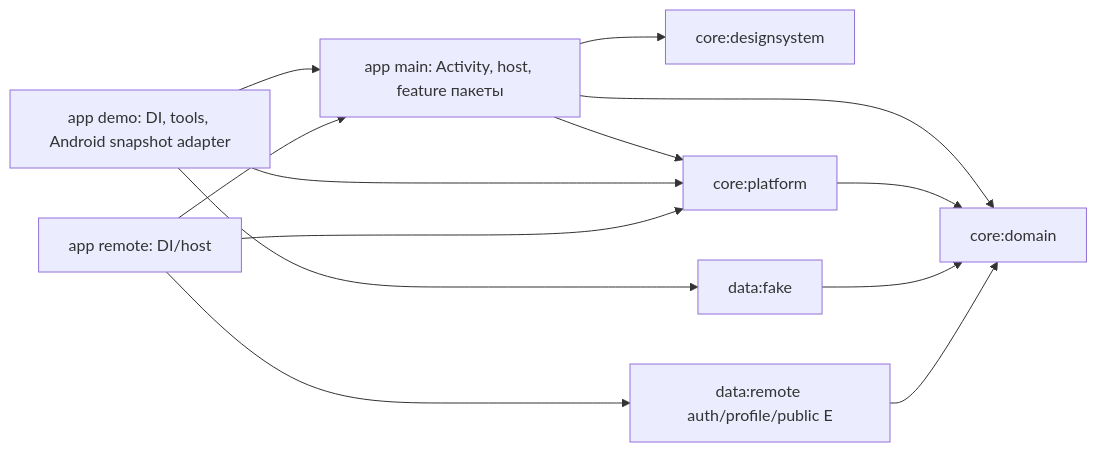
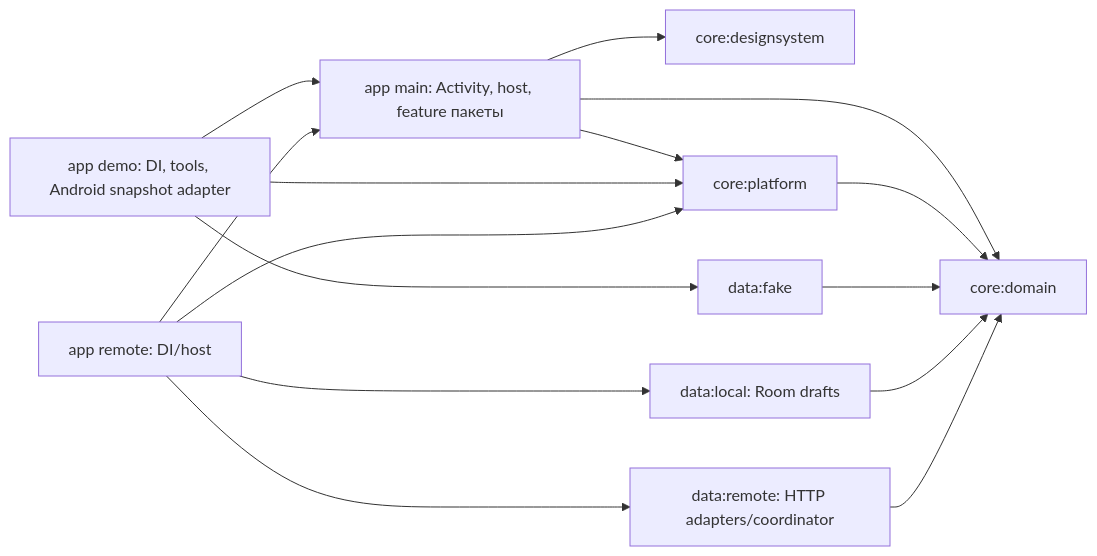
One commit to XataBq/EventManager changed the first of 2 diagrams in docs/02-architecture.md. Above: the diagram before and after it, drawn with Mermaid. The commit also changed other lines of this file and 56 other files, not shown here.

````diff
--- a/docs/02-architecture.md
+++ b/docs/02-architecture.md
@@ -11,15 +11,17 @@
 ```mermaid
 flowchart LR
     appMain["app main: Activity, host, feature пакеты"] --> domain["core:domain"]
     appMain --> design["core:designsystem"]
     appMain --> platform["core:platform"]
     platform --> domain
     demo["app demo: DI, tools, Android snapshot adapter"] --> appMain
     demo --> fake["data:fake"]
     fake --> domain
     demo --> platform
     remoteApp["app remote: DI/host"] --> appMain
-    remoteApp --> remote["data:remote auth/profile/public E"]
+    remoteApp --> remote["data:remote: HTTP adapters/coordinator"]
+    remoteApp --> local["data:local: Room drafts"]
+    local --> domain
     remote --> domain
     remoteApp --> platform
 ```
````
